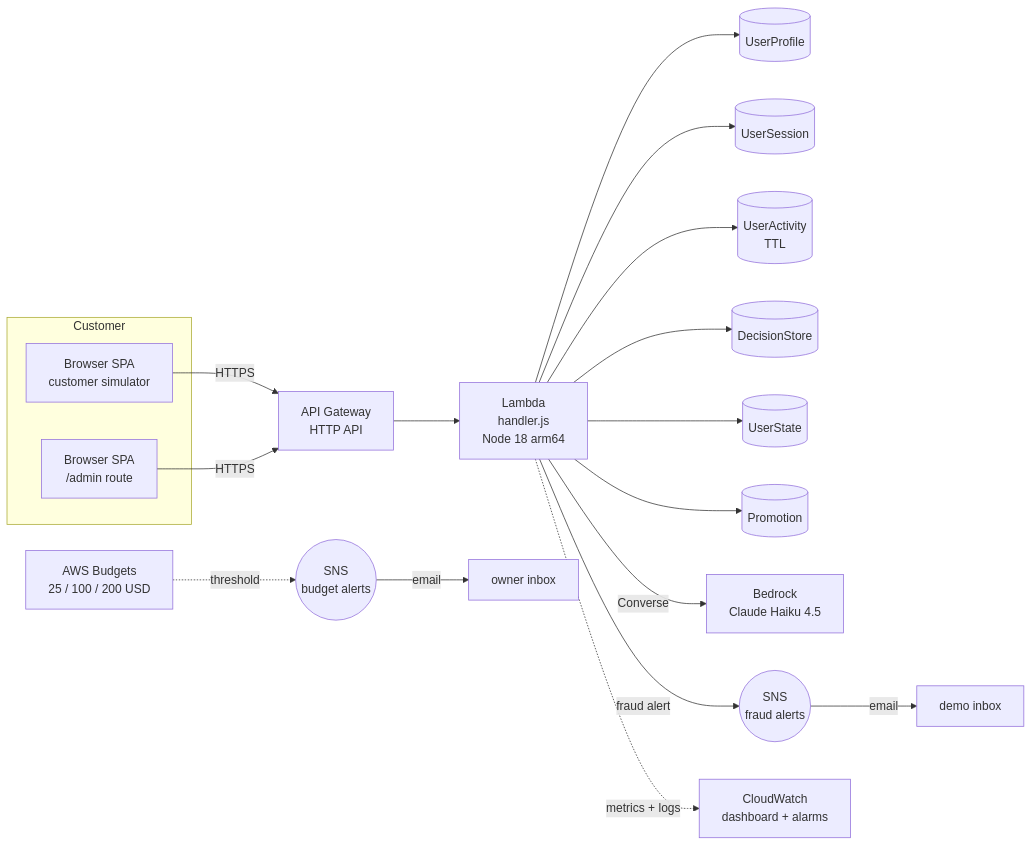
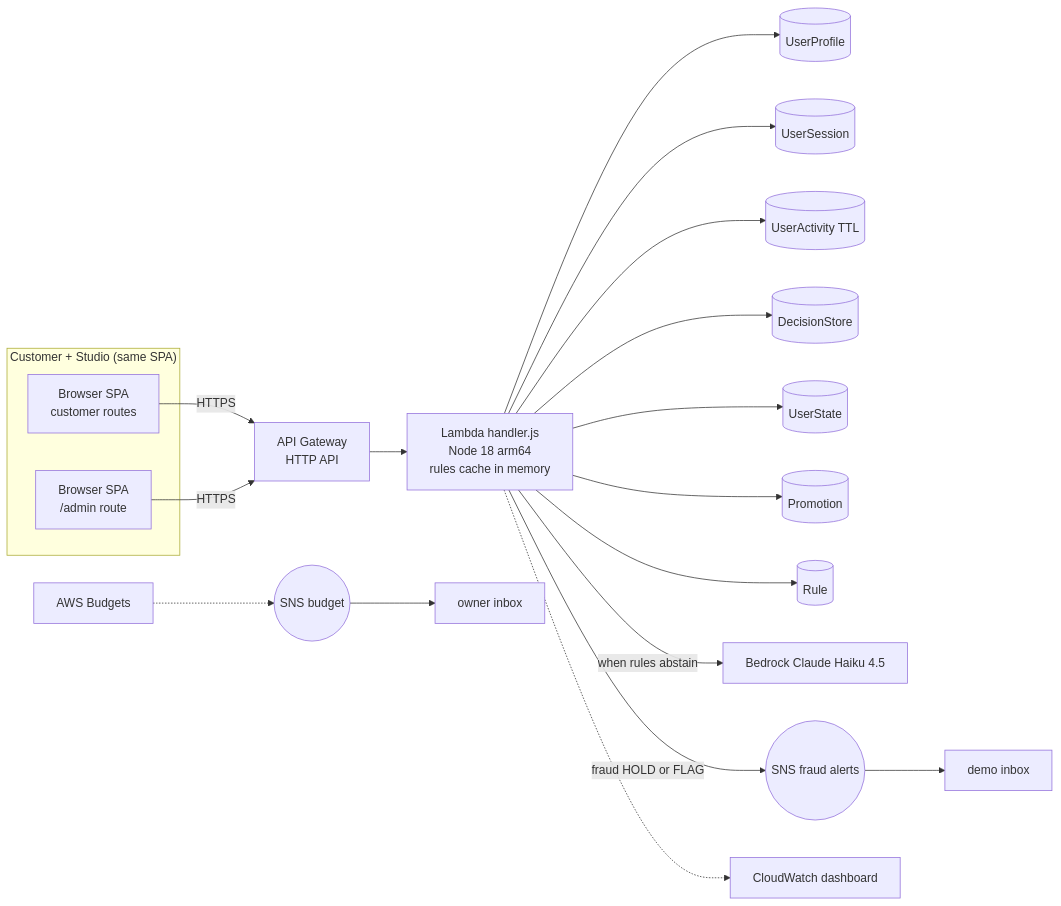
The fifth of 6 diagrams in docs/architecture.md (thegdsks/codefest-2026), drawn with Mermaid before and after one commit. The commit also changed other lines of this file, not shown here.

Commit message:
docs(architecture): expand with rules-first engine, tiered storage, studio loop

````diff
--- a/docs/architecture.md
+++ b/docs/architecture.md
@@ -39,26 +301,27 @@
 ```mermaid
 flowchart LR
-  subgraph Customer
-    SPA[Browser SPA<br/>customer simulator]
+  subgraph Surfaces["Customer + Studio (same SPA)"]
+    SPA[Browser SPA<br/>customer routes]
     Admin[Browser SPA<br/>/admin route]
   end
 
   SPA -->|HTTPS| API[API Gateway<br/>HTTP API]
   Admin -->|HTTPS| API
-  API --> Lambda[Lambda<br/>handler.js<br/>Node 18 arm64]
+  API --> Lambda[Lambda handler.js<br/>Node 18 arm64<br/>rules cache in memory]
 
   Lambda --> UP[(UserProfile)]
   Lambda --> US[(UserSession)]
-  Lambda --> UA[(UserActivity<br/>TTL)]
+  Lambda --> UA[(UserActivity TTL)]
   Lambda --> DS[(DecisionStore)]
   Lambda --> ST[(UserState)]
   Lambda --> PROM[(Promotion)]
+  Lambda --> RULE[(Rule)]
 
-  Lambda -->|Converse| Bedrock[Bedrock<br/>Claude Haiku 4.5]
-  Lambda -->|fraud alert| AlertTopic((SNS<br/>fraud alerts))
-  AlertTopic -->|email| DemoMailbox[demo inbox]
+  Lambda -->|when rules abstain| Bedrock[Bedrock Claude Haiku 4.5]
+  Lambda -->|fraud HOLD or FLAG| SNS((SNS fraud alerts))
+  SNS --> Email[demo inbox]
 
-  Lambda -.->|metrics + logs| CW[CloudWatch<br/>dashboard + alarms]
-  Budgets[AWS Budgets<br/>25 / 100 / 200 USD] -.->|threshold| BudgetTopic((SNS<br/>budget alerts))
-  BudgetTopic -->|email| Owner[owner inbox]
+  Lambda -.-> CW[CloudWatch dashboard]
+  Budgets[AWS Budgets] -.-> BudgetSNS((SNS budget))
+  BudgetSNS --> Owner[owner inbox]
 ```
````
